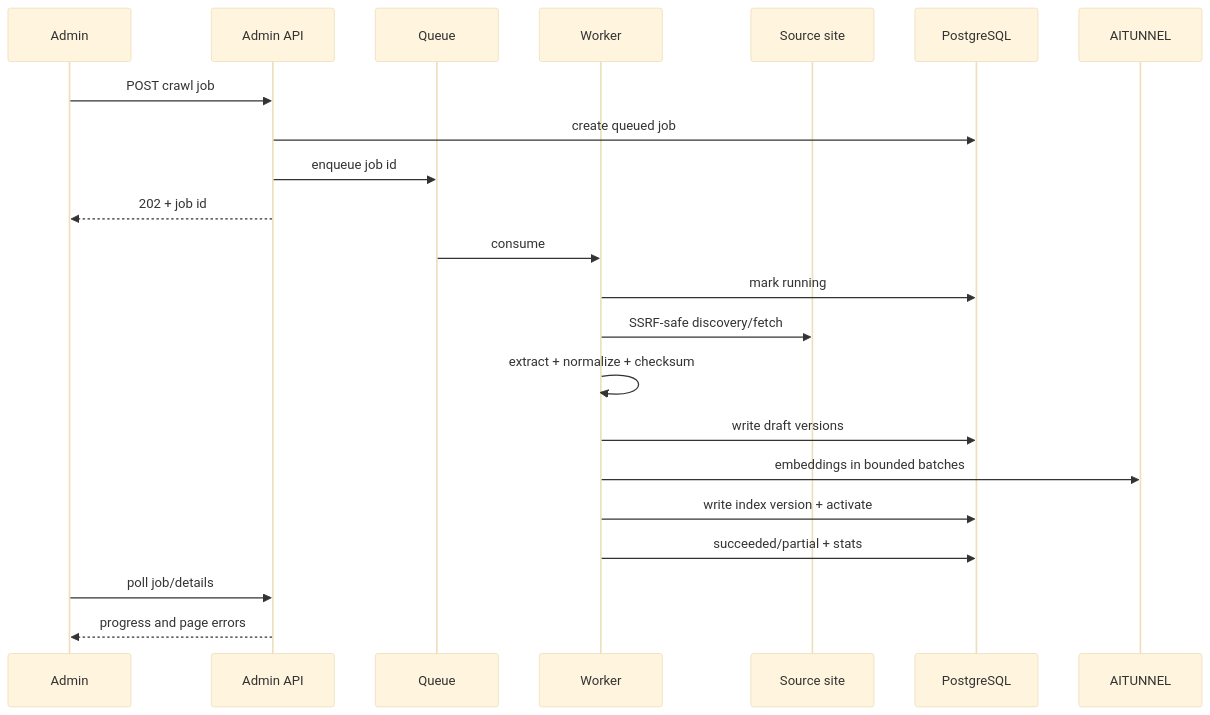
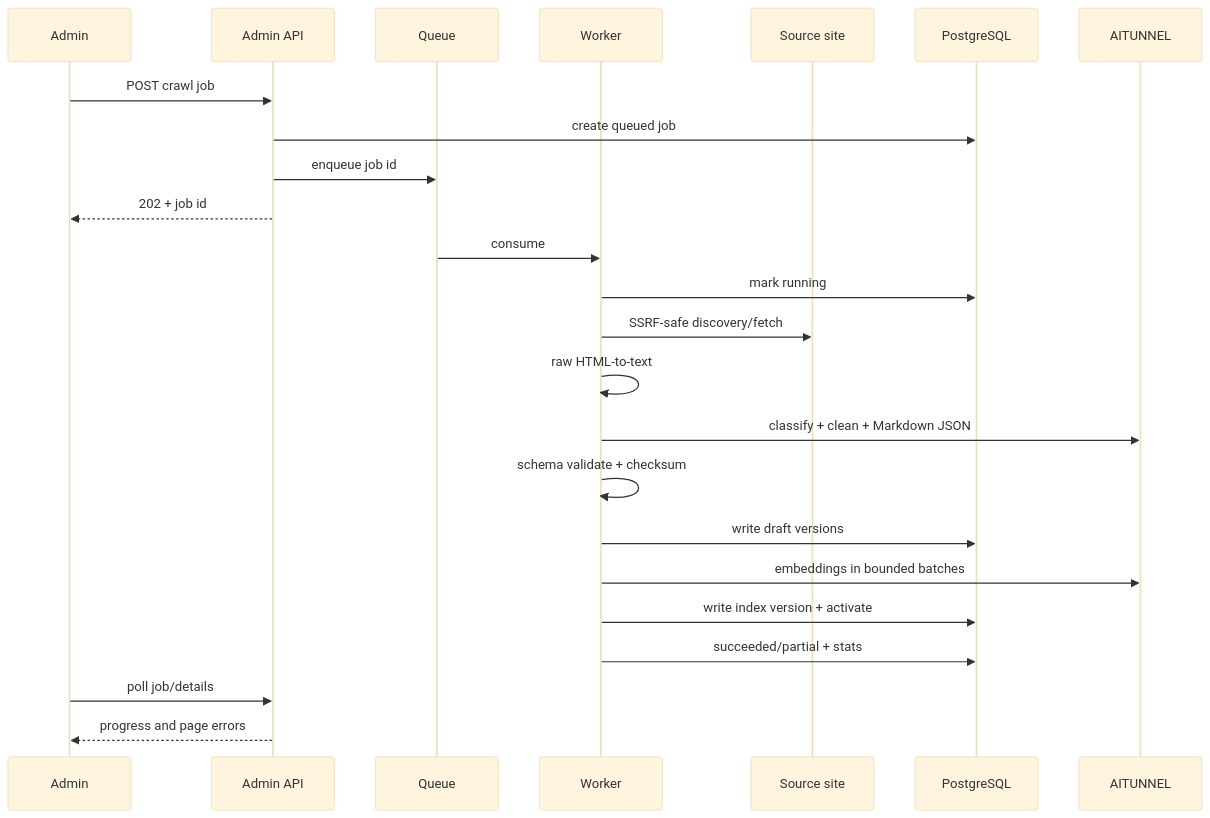
One commit to YuriyBevov/AI-design-systems changed the third of 4 diagrams in ai-assist/architecture.md. Above: the diagram before and after it, drawn with Mermaid (base theme). The commit also changed other lines of this file and 36 other files, not shown here.

````diff
--- a/ai-assist/architecture.md
+++ b/ai-assist/architecture.md
@@ -141,25 +141,27 @@
 ```mermaid
 sequenceDiagram
     participant A as Admin
     participant API as Admin API
     participant Q as Queue
     participant W as Worker
     participant S as Source site
     participant P as PostgreSQL
     participant AI as AITUNNEL
 
     A->>API: POST crawl job
     API->>P: create queued job
     API->>Q: enqueue job id
     API-->>A: 202 + job id
     Q->>W: consume
     W->>P: mark running
     W->>S: SSRF-safe discovery/fetch
-    W->>W: extract + normalize + checksum
+    W->>W: raw HTML-to-text
+    W->>AI: classify + clean + Markdown JSON
+    W->>W: schema validate + checksum
     W->>P: write draft versions
     W->>AI: embeddings in bounded batches
     W->>P: write index version + activate
     W->>P: succeeded/partial + stats
     A->>API: poll job/details
     API-->>A: progress and page errors
 ```
````
